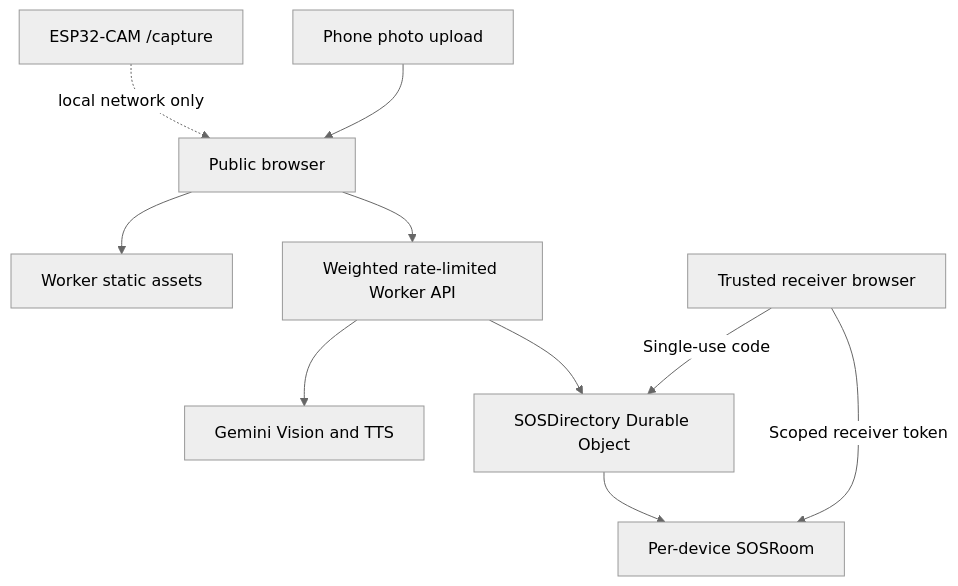
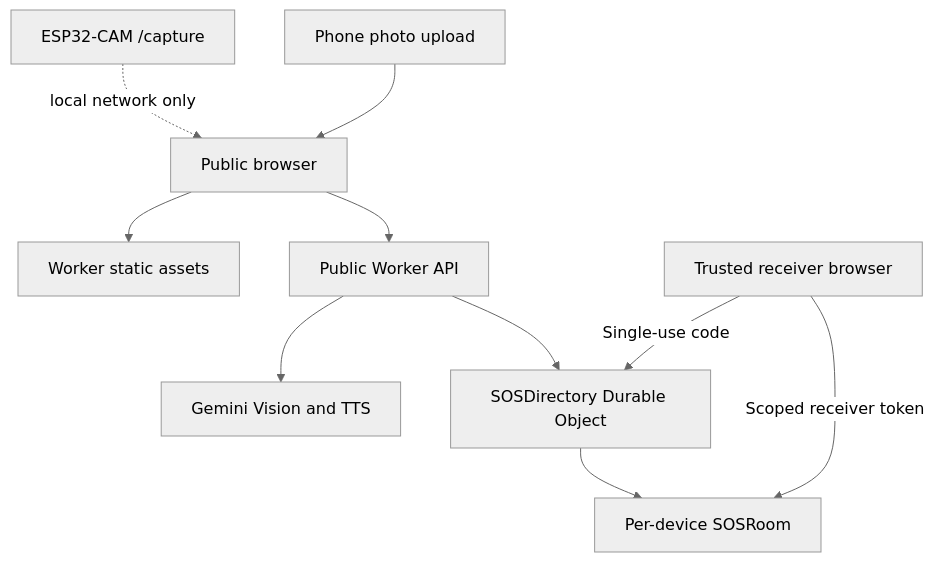
Before and after one commit to KaranJoyKundu/Daredevil-s-Eye: the diagram in docs/ARCHITECTURE.md, drawn with Mermaid (neutral theme). The commit also changed other lines of this file, not shown here.

Commit message:
Update documentation for Google free-tier quotas and unrestricted model selection

```diff
--- a/docs/ARCHITECTURE.md
+++ b/docs/ARCHITECTURE.md
@@ -7,12 +7,12 @@
 ~~~mermaid
 flowchart TD
   Browser[Public browser] --> Static[Worker static assets]
-  Browser --> API[Weighted rate-limited Worker API]
+  Browser --> API[Public Worker API]
   API --> Gemini[Gemini Vision and TTS]
   API --> Directory[SOSDirectory Durable Object]
   Directory --> Room[Per-device SOSRoom]
   Receiver[Trusted receiver browser] -->|Single-use code| Directory
   Receiver -->|Scoped receiver token| Room
   ESP[ESP32-CAM /capture] -. local network only .-> Browser
   Phone[Phone photo upload] --> Browser
 ~~~
```
